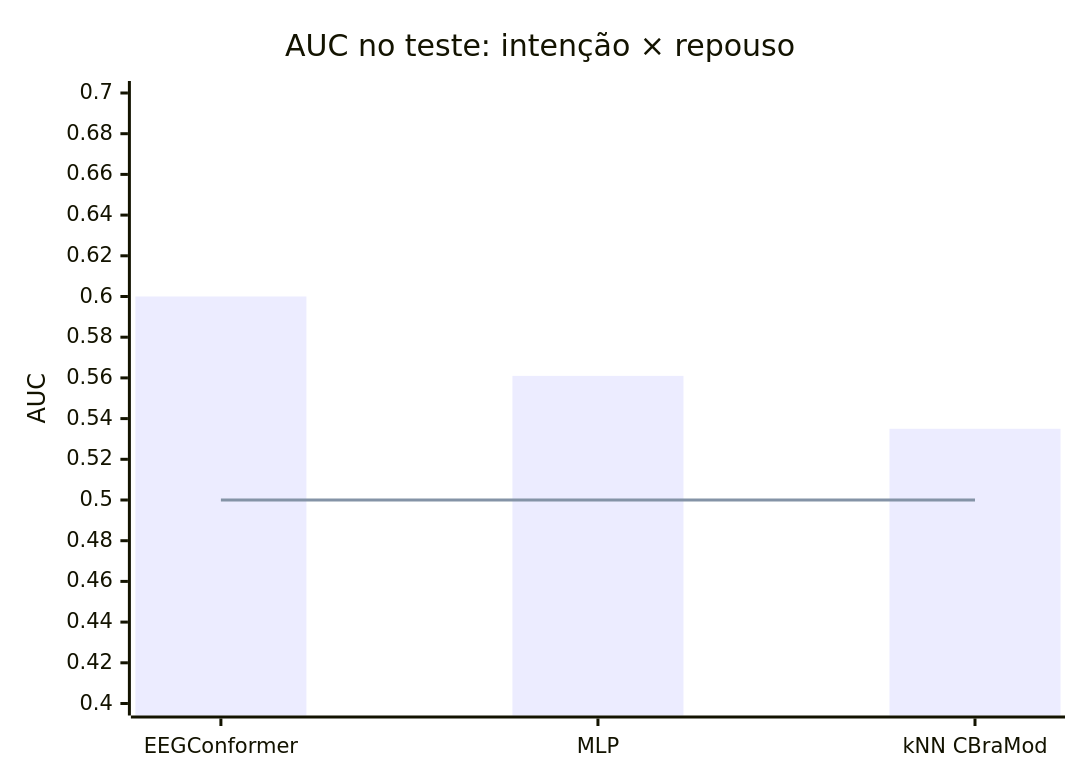
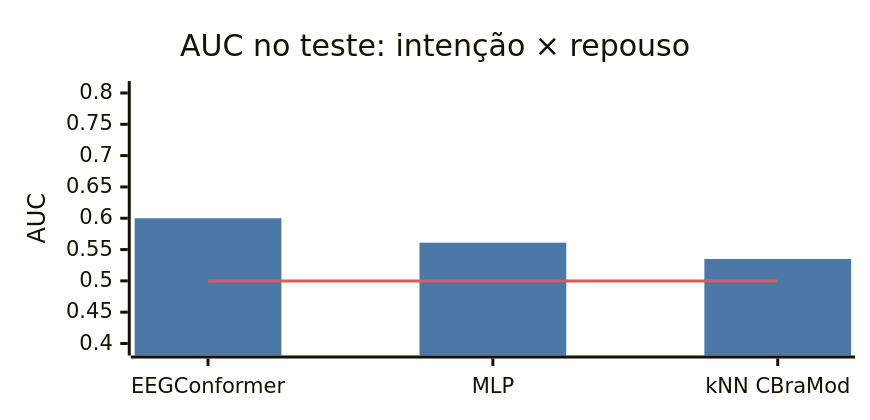
The eighth of 8 diagrams in README.md (kafb04/data-engineering-multimodal-ai), drawn with Mermaid before and after one commit. The commit also changed other lines of this file, not shown here.

````diff
--- a/README.md
+++ b/README.md
@@ -234,8 +249,17 @@
 ```mermaid
+---
+config:
+  xyChart:
+    width: 560
+    height: 260
+  themeVariables:
+    xyChart:
+      plotColorPalette: "#4C78A8, #E45756"
+---
 xychart-beta
     title "AUC no teste: intenção × repouso"
     x-axis ["EEGConformer", "MLP", "kNN CBraMod"]
-    y-axis "AUC" 0.4 --> 0.7
+    y-axis "AUC" 0.4 --> 0.8
     bar [0.600, 0.561, 0.535]
     line [0.5, 0.5, 0.5]
 ```
````
